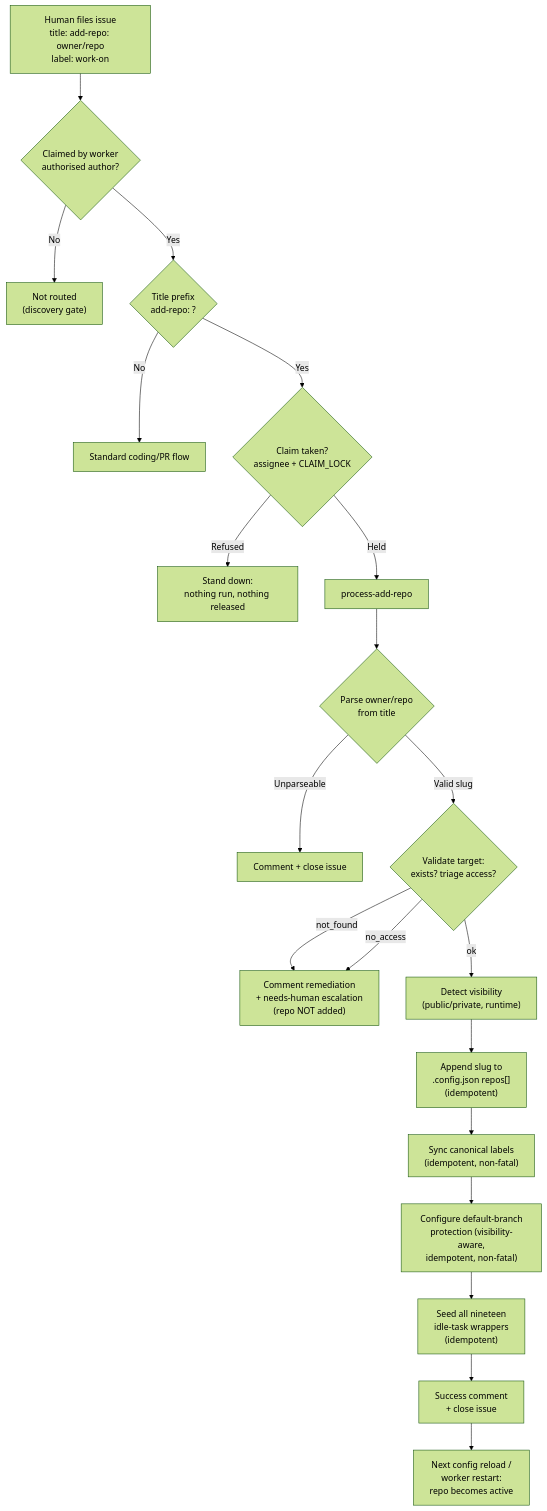
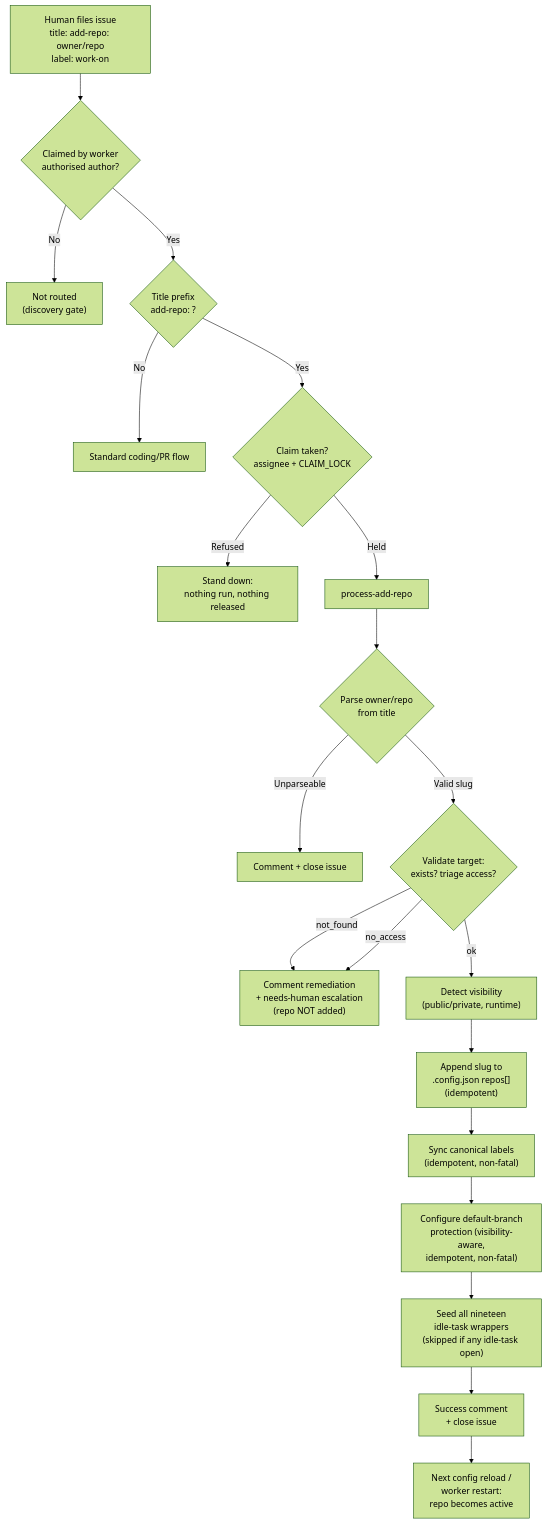
Before and after one commit to stSoftwareAU/VibeCoder: the diagram in docs/ADD-REPO.md, drawn with Mermaid (forest theme). The commit also changed other lines of this file and 3 other files, not shown here.

First line of the commit message:
Document the any-open gate for add-repo and add PR summary (#2752)

````diff
--- a/docs/ADD-REPO.md
+++ b/docs/ADD-REPO.md
@@ -150,22 +153,22 @@
 ```mermaid
 flowchart TD
     A["Human files issue<br/>title: add-repo: owner/repo<br/>label: work-on"] --> B{Claimed by worker<br/>authorised author?}
     B -- No --> Z["Not routed<br/>(discovery gate)"]
     B -- Yes --> C{Title prefix<br/>add-repo: ?}
     C -- No --> Y["Standard coding/PR flow"]
     C -- Yes --> C2{Claim taken?<br/>assignee + CLAIM_LOCK}
     C2 -- Refused --> C3["Stand down:<br/>nothing run, nothing released"]
     C2 -- Held --> D["process-add-repo"]
     D --> E{Parse owner/repo<br/>from title}
     E -- Unparseable --> E1["Comment + close issue"]
     E -- Valid slug --> F{Validate target:<br/>exists? triage access?}
     F -- not_found --> F1["Comment remediation<br/>+ needs-human escalation<br/>(repo NOT added)"]
     F -- no_access --> F1
     F -- ok --> G["Detect visibility<br/>(public/private, runtime)"]
     G --> H["Append slug to<br/>.config.json repos[]<br/>(idempotent)"]
     H --> S["Sync canonical labels<br/>(idempotent, non-fatal)"]
     S --> P["Configure default-branch<br/>protection (visibility-aware,<br/>idempotent, non-fatal)"]
-    P --> I["Seed all nineteen<br/>idle-task wrappers<br/>(idempotent)"]
+    P --> I["Seed all nineteen<br/>idle-task wrappers<br/>(skipped if any idle-task open)"]
     I --> J["Success comment<br/>+ close issue"]
     J --> K["Next config reload /<br/>worker restart:<br/>repo becomes active"]
 ```
````
